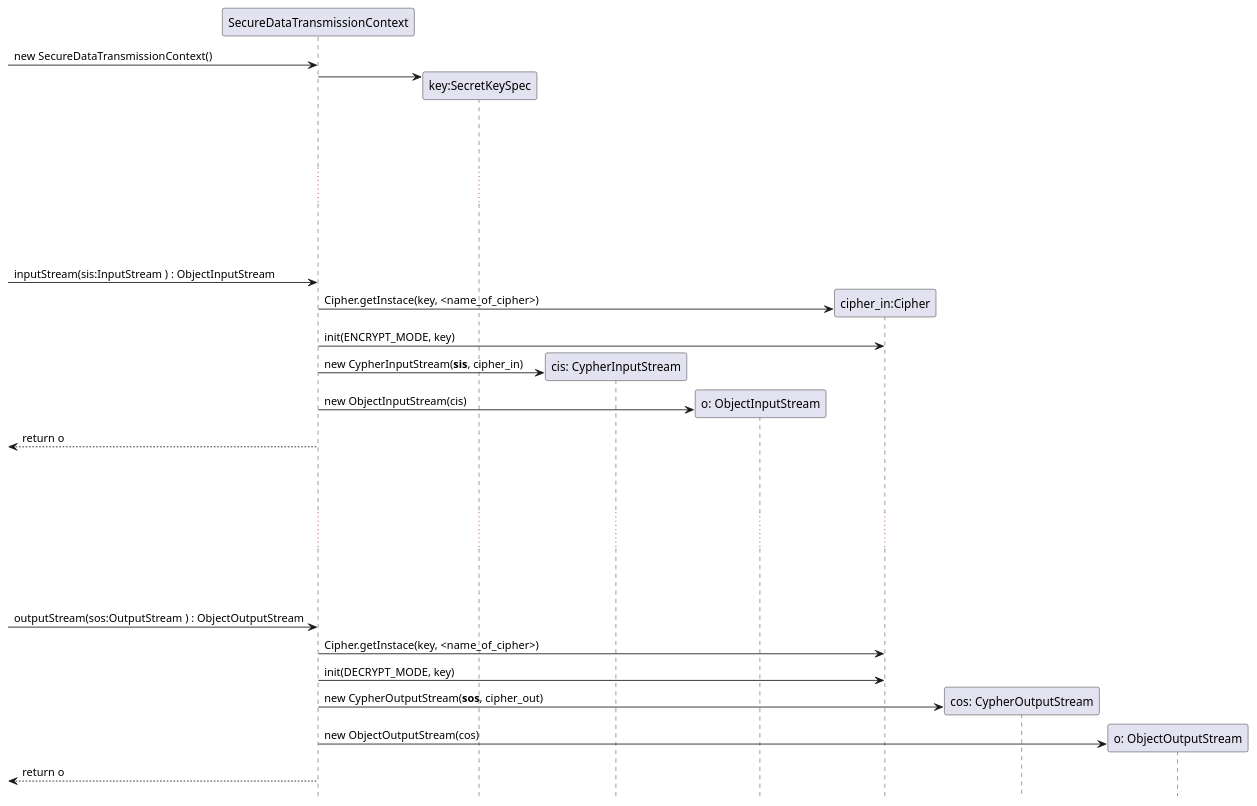
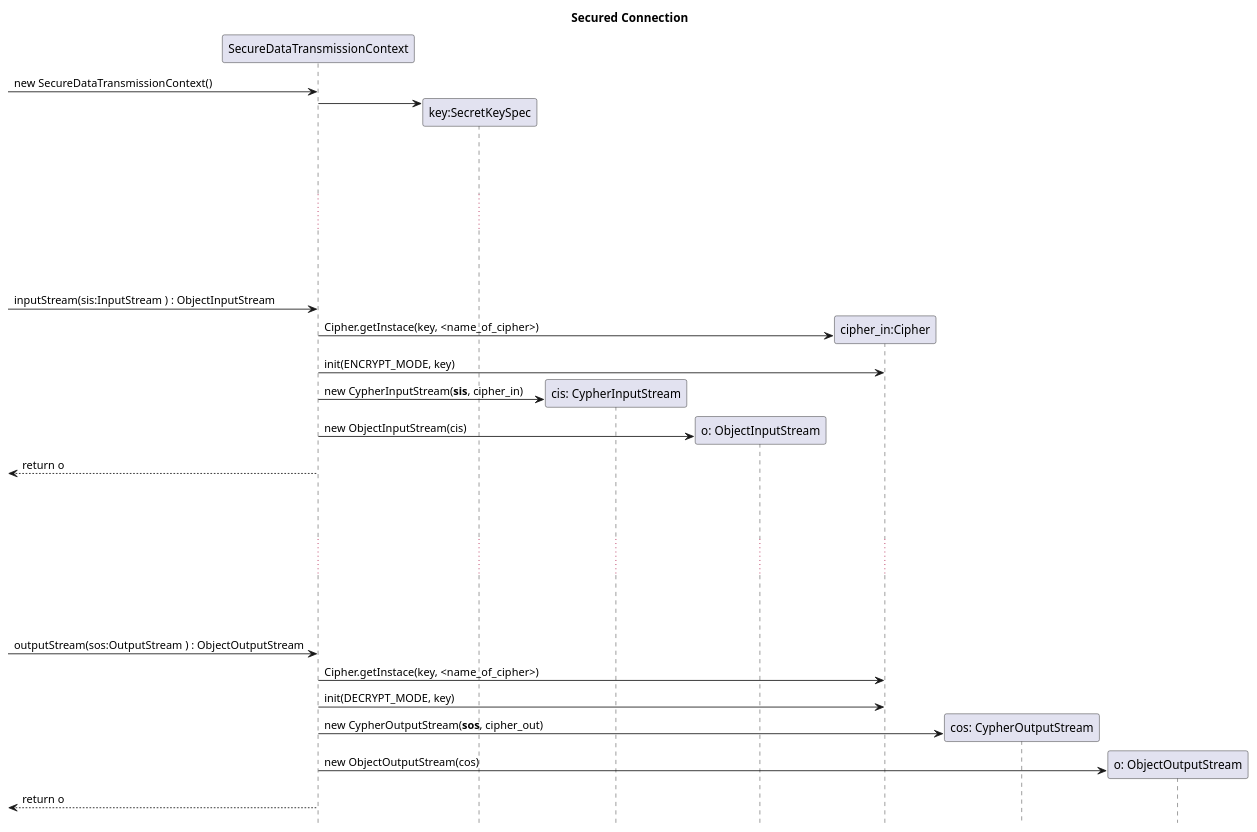
The diagram in src/main/java/lapr4/green/s1/ipc/n1150738/securecomm/us06.1_design_sdtc.puml (MikeTekOn/lapr4-2017-2dd), drawn with PlantUML before and after one commit. The commit also changed 3 other files, not shown here.

```diff
--- a/src/main/java/lapr4/green/s1/ipc/n1150738/securecomm/us06.1_design_sdtc.puml
+++ b/src/main/java/lapr4/green/s1/ipc/n1150738/securecomm/us06.1_design_sdtc.puml
@@ -1,36 +1,39 @@
 @startuml us06.1_design_sdtc.png
+
+title Secured Connection
+
 hide footbox
 participant SecureDataTransmissionContext
 
 create SecureDataTransmissionContext
     [->SecureDataTransmissionContext: new SecureDataTransmissionContext()
     create "key:SecretKeySpec" as SecretKeySpec
     SecureDataTransmissionContext->SecretKeySpec
 
 ||70||
 ... ...
 ||70||
 [-> SecureDataTransmissionContext : inputStream(sis:InputStream ) : ObjectInputStream
 create "cipher_in:Cipher" as Cipher
     SecureDataTransmissionContext->"cipher_in:Cipher" as Cipher: Cipher.getInstace(key, <name_of_cipher>)
     SecureDataTransmissionContext->"cipher_in:Cipher" as Cipher: init(ENCRYPT_MODE, key)
 create "cis: CypherInputStream" as CypherInputStream
     SecureDataTransmissionContext -> CypherInputStream :new CypherInputStream(<b>sis</b>, cipher_in)
 create "o: ObjectInputStream" as ObjectInputStream
     SecureDataTransmissionContext -> ObjectInputStream :new ObjectInputStream(cis)
 [<-- SecureDataTransmissionContext: return o
 ||70||
 ... ...
 ||70||
 
 [-> SecureDataTransmissionContext : outputStream(sos:OutputStream ) : ObjectOutputStream
 create "cipher_out:Cipher" as Cipher
     SecureDataTransmissionContext->"cipher_out:Cipher" as Cipher: Cipher.getInstace(key, <name_of_cipher>)
     SecureDataTransmissionContext->"cipher_out:Cipher" as Cipher: init(DECRYPT_MODE, key)
 create "cos: CypherOutputStream" as CypherOutputStream
     SecureDataTransmissionContext -> CypherOutputStream :new CypherOutputStream(<b>sos</b>, cipher_out)
 create "o: ObjectOutputStream" as ObjectOutputStream
     SecureDataTransmissionContext -> ObjectOutputStream :new ObjectOutputStream(cos)
 [<-- SecureDataTransmissionContext: return o
 
 @enduml
```
